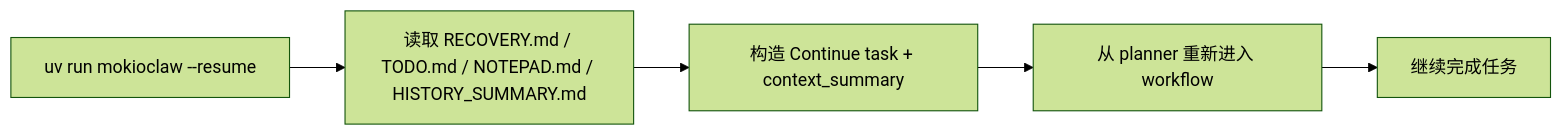
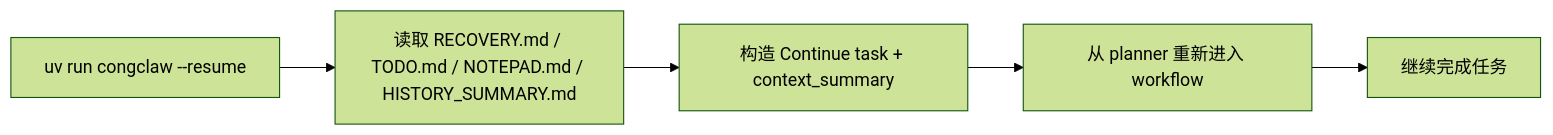
Before and after one commit to sjc1016/agent-dian001: the third of 4 diagrams in docs/workspace-lifecycle.md, drawn with Mermaid (forest theme). The commit also changed other lines of this file and 425 other files, not shown here.

````diff
--- a/docs/workspace-lifecycle.md
+++ b/docs/workspace-lifecycle.md
@@ -385,10 +385,10 @@
 ```mermaid
 flowchart LR
-    Resume["uv run mokioclaw --resume <workspace>"]
+    Resume["uv run congclaw --resume <workspace>"]
     Read["读取 RECOVERY.md / TODO.md / NOTEPAD.md / HISTORY_SUMMARY.md"]
     Task["构造 Continue task + context_summary"]
     Planner["从 planner 重新进入 workflow"]
     Finish["继续完成任务"]
 
     Resume --> Read --> Task --> Planner --> Finish
 ```
````
